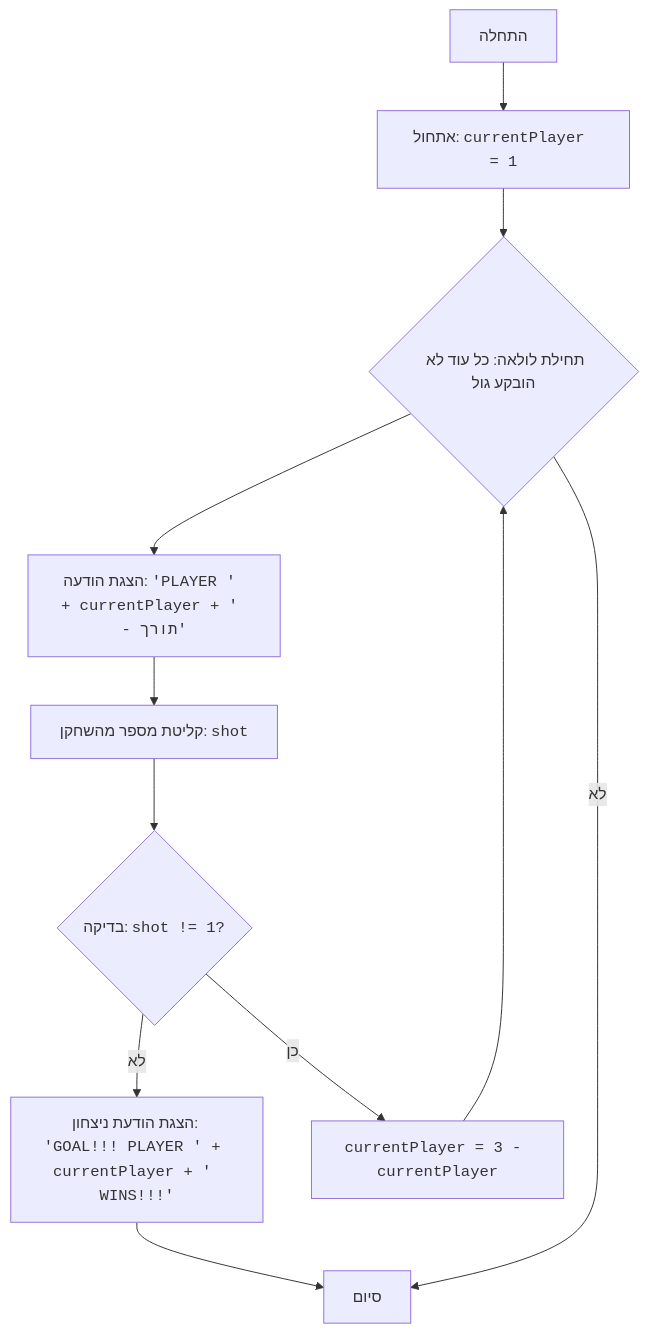
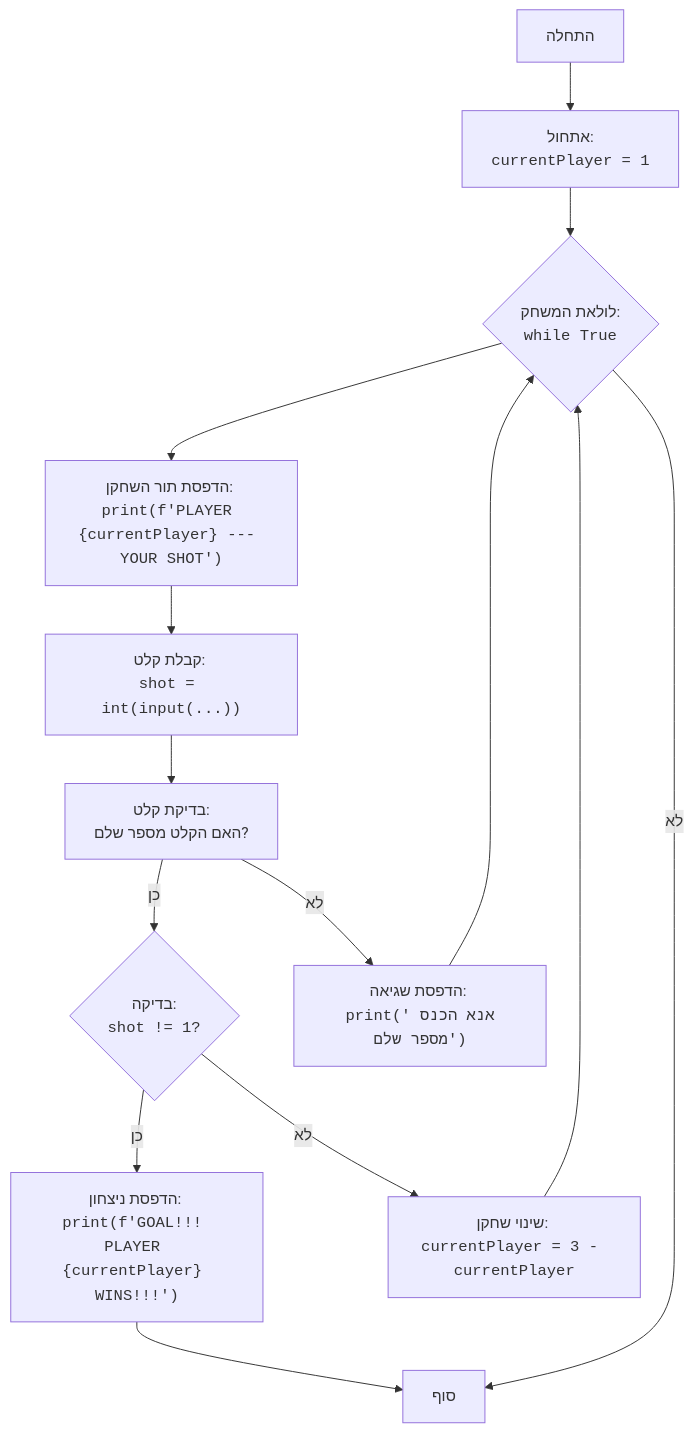
Before and after one commit to hypo69/hypo: the diagram in docs/gemini/he/explainer/src/endpoints/ai_games/101_basic_computer_games/ru/GAMES/FOOTBL/footbl.py.md, drawn with Mermaid. The commit also changed other lines of this file and 885 other files, not shown here.

````diff
--- a/docs/gemini/he/explainer/src/endpoints/ai_games/101_basic_computer_games/ru/GAMES/FOOTBL/footbl.py.md
+++ b/docs/gemini/he/explainer/src/endpoints/ai_games/101_basic_computer_games/ru/GAMES/FOOTBL/footbl.py.md
@@ -36,13 +38,16 @@
 ```mermaid
 flowchart TD
-    Start["התחלה"] --> InitializePlayer["אתחול: <code>currentPlayer = 1</code>"]
-    InitializePlayer --> GameLoopStart{"תחילת לולאה: כל עוד לא הובקע גול"}
-    GameLoopStart --> OutputPlayerTurn["הצגת הודעה: <code>'PLAYER ' + currentPlayer + ' - תורך'</code>"]
-    OutputPlayerTurn --> InputShot["קליטת מספר מהשחקן: <code>shot</code>"]
-    InputShot --> CheckGoal{"בדיקה: <code>shot != 1?</code>"}
-    CheckGoal -- לא --> OutputWin["הצגת הודעת ניצחון: <code>'GOAL!!! PLAYER ' + currentPlayer + ' WINS!!!'</code>"]
-    OutputWin --> End["סיום"]
-    CheckGoal -- כן --> SwitchPlayer["<code>currentPlayer = 3 - currentPlayer</code>"]
+    Start["התחלה"] --> InitializePlayer["אתחול: <br><code>currentPlayer = 1</code>"]
+    InitializePlayer --> GameLoopStart{"לולאת המשחק: <br><code>while True</code>"}
+    GameLoopStart --> OutputPlayerTurn["הדפסת תור השחקן: <br><code>print(f'PLAYER {currentPlayer} --- YOUR SHOT')</code>"]
+    OutputPlayerTurn --> InputShot["קבלת קלט: <br><code>shot = int(input(...))</code>"]
+     InputShot --> CheckInput["בדיקת קלט: <br>האם הקלט מספר שלם?"]
+    CheckInput -- כן --> CheckGoal{"בדיקה: <br><code>shot != 1?</code>"}
+    CheckInput -- לא -->  InputError["הדפסת שגיאה: <br><code>print('אנא הכנס מספר שלם')</code>"]
+    InputError --> GameLoopStart
+    CheckGoal -- כן --> OutputWin["הדפסת ניצחון: <br><code>print(f'GOAL!!! PLAYER {currentPlayer} WINS!!!')</code>"]
+    OutputWin --> End["סוף"]
+    CheckGoal -- לא --> SwitchPlayer["שינוי שחקן: <br><code>currentPlayer = 3 - currentPlayer</code>"]
     SwitchPlayer --> GameLoopStart
     GameLoopStart -- לא --> End
 ```
````
